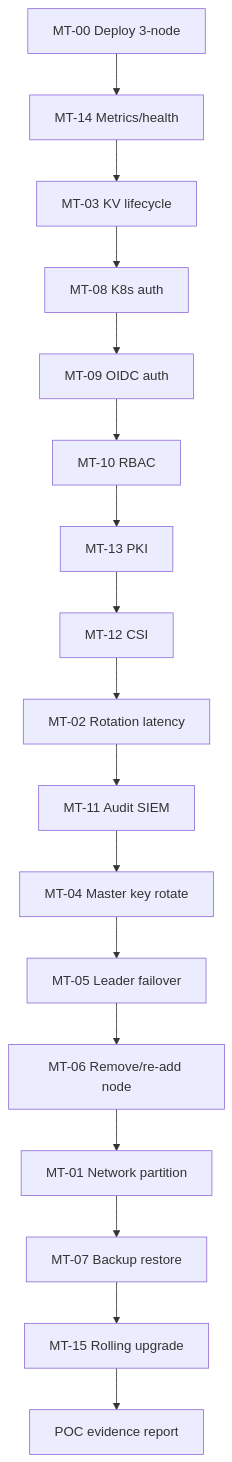
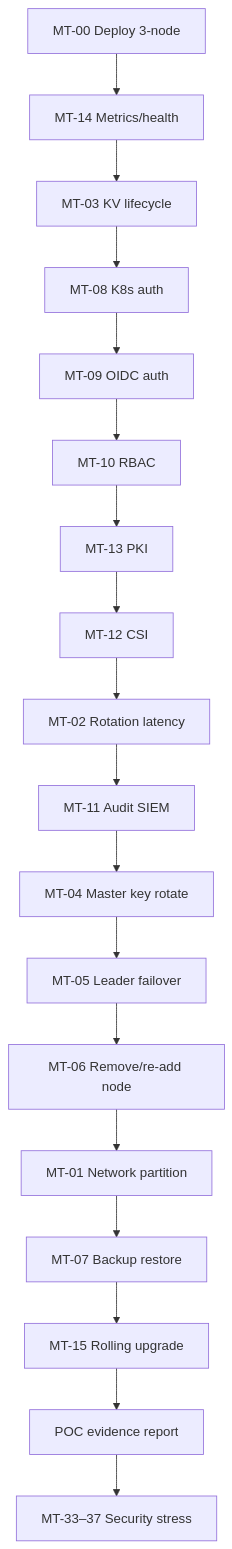
Before and after one commit to kubenexis/knxvault: the first of 3 diagrams in docs/engineering/manual-testing-strategy.md, drawn with Mermaid. The commit also changed other lines of this file and 1 other file, not shown here.

First line of the commit message:
docs: add PoC security stress manual tests MT-33–MT-37

````diff
--- a/docs/engineering/manual-testing-strategy.md
+++ b/docs/engineering/manual-testing-strategy.md
@@ -1848,25 +2335,26 @@
 ```mermaid
 flowchart TD
   mt00[MT-00 Deploy 3-node]
   mt14[MT-14 Metrics/health]
   mt03[MT-03 KV lifecycle]
   mt08[MT-08 K8s auth]
   mt09[MT-09 OIDC auth]
   mt10[MT-10 RBAC]
   mt13[MT-13 PKI]
   mt12[MT-12 CSI]
   mt02[MT-02 Rotation latency]
   mt11[MT-11 Audit SIEM]
   mt04[MT-04 Master key rotate]
   mt05[MT-05 Leader failover]
   mt06[MT-06 Remove/re-add node]
   mt01[MT-01 Network partition]
   mt07[MT-07 Backup restore]
   mt15[MT-15 Rolling upgrade]
   report[POC evidence report]
 
   mt00 --> mt14 --> mt03
   mt03 --> mt08 --> mt09 --> mt10
   mt10 --> mt13 --> mt12 --> mt02 --> mt11
   mt11 --> mt04 --> mt05 --> mt06 --> mt01 --> mt07 --> mt15 --> report
+  report --> stress[MT-33–37 Security stress]
 ```
````
